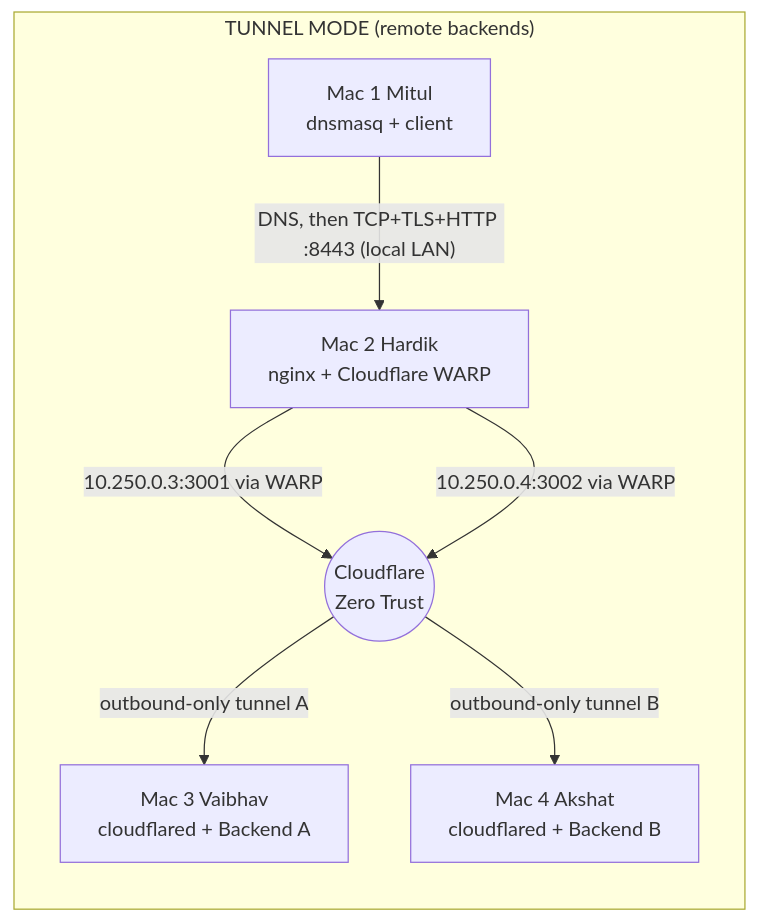
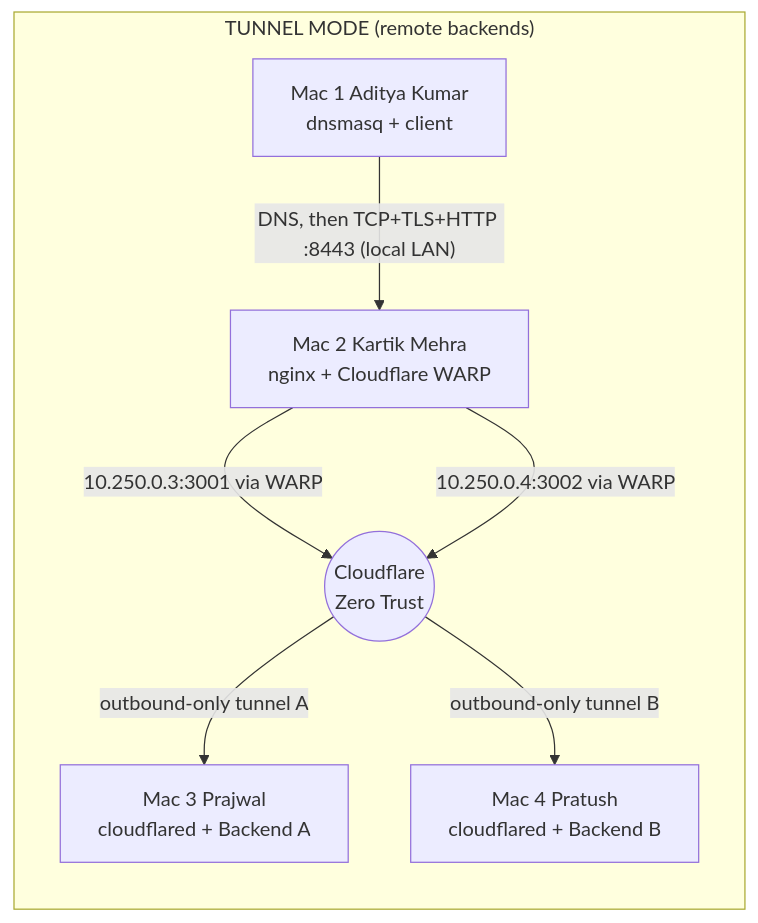
Before and after one commit to KartikMehra22/CN-Project: the second of 2 diagrams in README.md, drawn with Mermaid. The commit also changed other lines of this file and 64 other files, not shown here.

````diff
--- a/README.md
+++ b/README.md
@@ -32,10 +32,10 @@
 ```mermaid
 flowchart LR
   subgraph TUN["TUNNEL MODE (remote backends)"]
-    C2["Mac 1 Mitul<br/>dnsmasq + client"] -->|"DNS, then TCP+TLS+HTTP :8443 (local LAN)"| E2["Mac 2 Hardik<br/>nginx + Cloudflare WARP"]
+    C2["Mac 1 Aditya Kumar<br/>dnsmasq + client"] -->|"DNS, then TCP+TLS+HTTP :8443 (local LAN)"| E2["Mac 2 Kartik Mehra<br/>nginx + Cloudflare WARP"]
     E2 -->|"10.250.0.3:3001 via WARP"| CF(("Cloudflare<br/>Zero Trust"))
     E2 -->|"10.250.0.4:3002 via WARP"| CF
-    CF -->|"outbound-only tunnel A"| BA2["Mac 3 Vaibhav<br/>cloudflared + Backend A"]
-    CF -->|"outbound-only tunnel B"| BB2["Mac 4 Akshat<br/>cloudflared + Backend B"]
+    CF -->|"outbound-only tunnel A"| BA2["Mac 3 Prajwal<br/>cloudflared + Backend A"]
+    CF -->|"outbound-only tunnel B"| BB2["Mac 4 Pratush<br/>cloudflared + Backend B"]
   end
 ```
````
